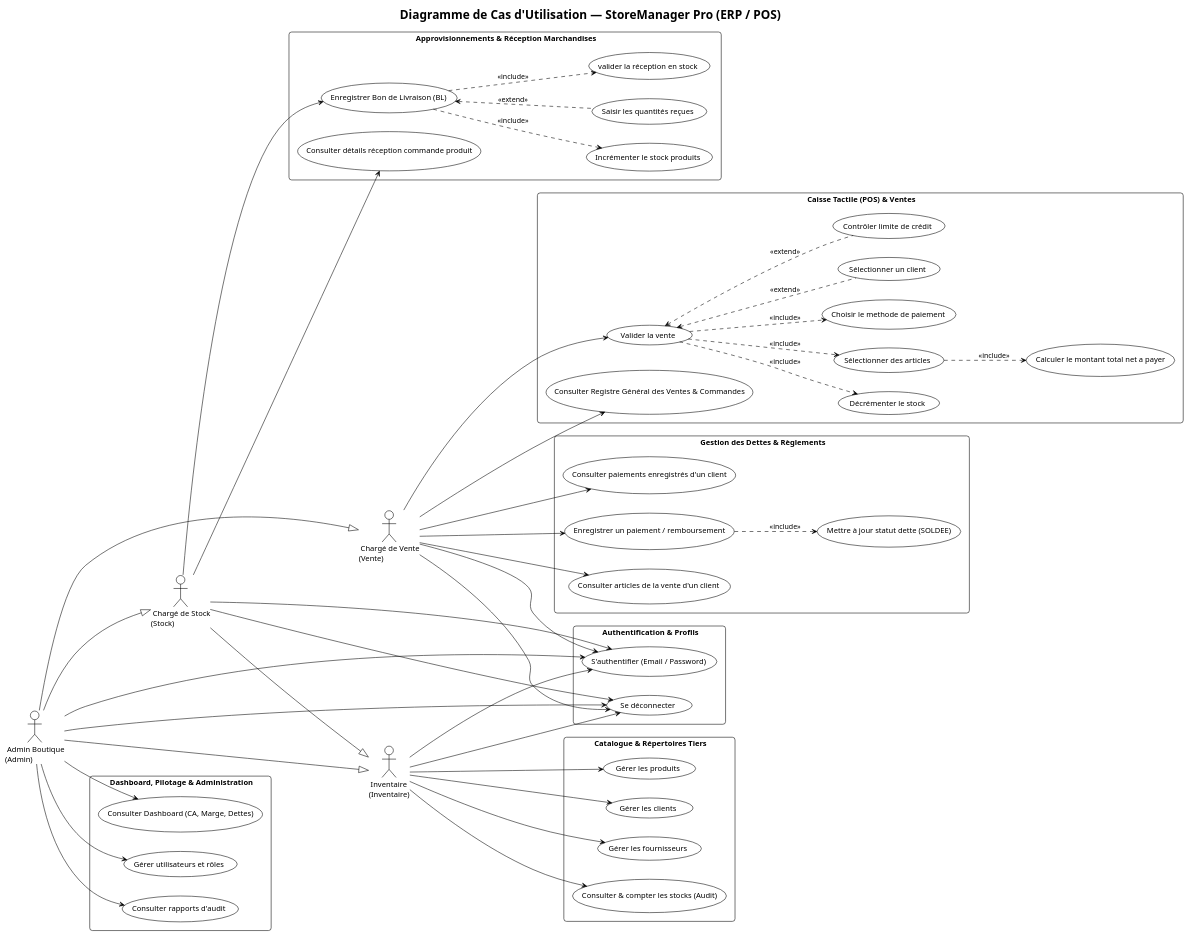
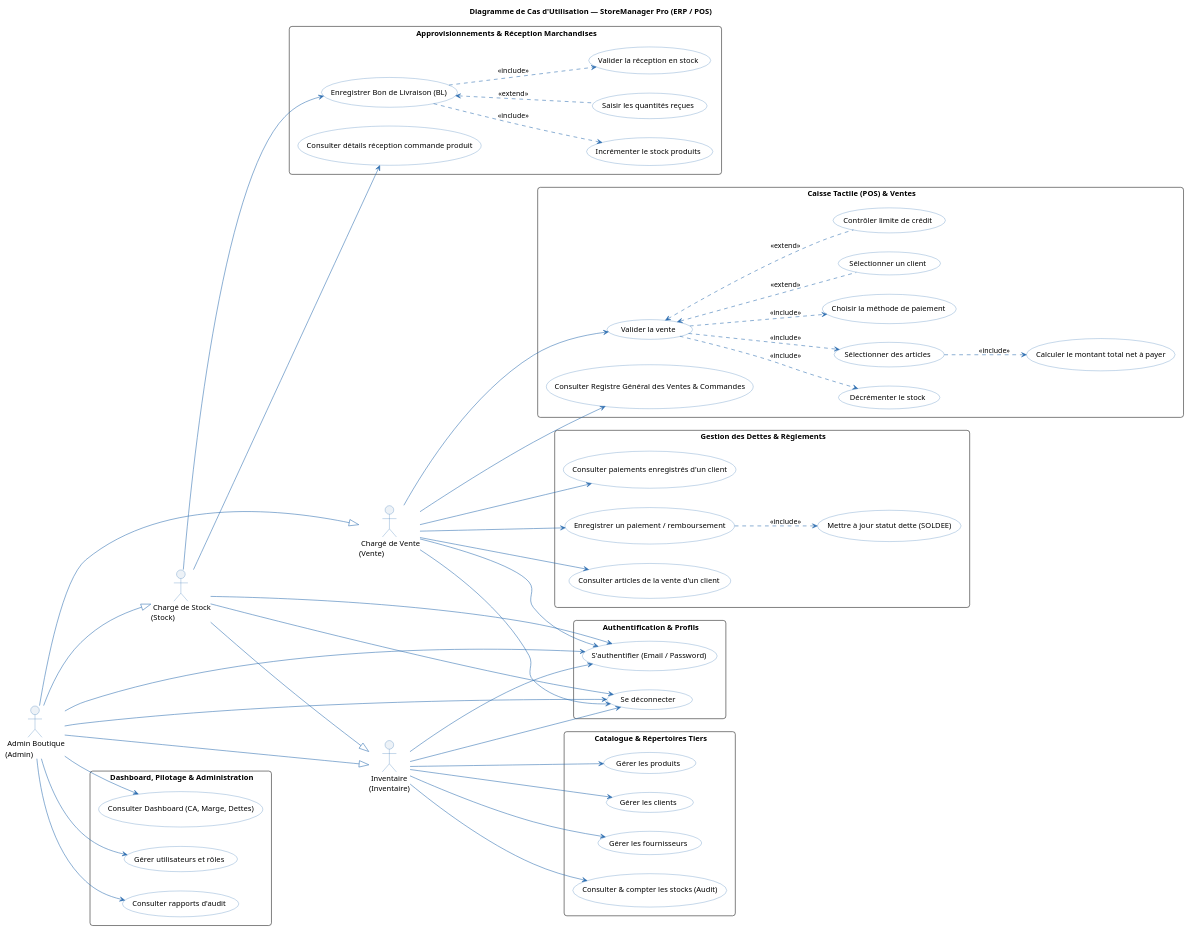
One commit to yussuf9900/Store-Manager-Pro-POO changed the diagram in docs/use_cases.puml. Above: the diagram before and after it, drawn with PlantUML. The commit also changed 8 other files, not shown here.

```diff
--- a/docs/use_cases.puml
+++ b/docs/use_cases.puml
@@ -1,132 +1,117 @@
 @startuml
-!theme plain
 skinparam roundcorner 10
 skinparam defaultFontName Arial
 skinparam packageStyle rectangle
 skinparam shadowing false
 
+skinparam actor {
+    BackgroundColor #EDF2F7
+    BorderColor #2B6CB0
+}
+
+skinparam usecase {
+    BackgroundColor #FFFFFF
+    BorderColor #2B6CB0
+    ArrowColor #2B6CB0
+}
 
 title **Diagramme de Cas d'Utilisation — StoreManager Pro (ERP / POS)**
 
 left to right direction
 
-' ==========================================
-' ACTEURS
-' ==========================================
 actor " Admin Boutique\n(Admin)" as Admin
 actor " Chargé de Vente\n(Vente)" as Vente
 actor " Chargé de Stock\n(Stock)" as Stock
 actor " Inventaire\n(Inventaire)" as Inventaire
 
-' Hiérarchie d'acteurs (L'admin hérite des rôles)
 Admin --|> Vente
 Admin --|> Stock
 Admin --|> Inventaire
 Stock --|> Inventaire
-
-' ==========================================
-' PACKAGES & CAS D'UTILISATION
-' ==========================================
 
 package " Authentification & Profils" {
     usecase "S'authentifier (Email / Password)" as UC_Login
     usecase "Se déconnecter" as UC_Logout
 }
 
 package " Caisse Tactile (POS) & Ventes" {
     usecase "Consulter Registre Général des Ventes & Commandes" as UC_SearchProd
-    usecase "Choisir le methode de paiement" as UC_Cart
-    usecase "Calculer le montant total net a payer" as UC_Montant
+    usecase "Choisir la méthode de paiement" as UC_Cart
+    usecase "Calculer le montant total net à payer" as UC_Montant
     usecase "Sélectionner un client" as UC_SelectClient
     usecase "Valider la vente" as UC_ValiderVente
     usecase "Contrôler limite de crédit" as UC_CheckCredit
     usecase "Décrémenter le stock" as UC_DecStock
     usecase "Sélectionner des articles" as UC_PrintTicket
 }
 
 package " Gestion des Dettes & Règlements" {
     usecase "Consulter paiements enregistrés d'un client" as UC_ViewDebts
     usecase "Enregistrer un paiement / remboursement" as UC_PayDebt
     usecase "Mettre à jour statut dette (SOLDEE)" as UC_UpdateDebtStatus
     usecase "Consulter articles de la vente d'un client " as UC_ClientDebtHistory
 }
 
 package " Approvisionnements & Réception Marchandises" {
     usecase "Consulter détails réception commande produit" as UC_StockAlerts
     usecase "Enregistrer Bon de Livraison (BL)" as UC_CreateBL
     usecase "Incrémenter le stock produits" as UC_IncStock
-    usecase "Saisir les quantités reçues" as UC_QteReçue
-    usecase "valider la réception en stock" as UC_SelectSupplier
+    usecase "Saisir les quantités reçues" as UC_QteRecue
+    usecase "Valider la réception en stock" as UC_SelectSupplier
 }
 
 package " Catalogue & Répertoires Tiers" {
     usecase "Gérer les produits" as UC_ManageProd
     usecase "Gérer les clients" as UC_ManageClients
     usecase "Gérer les fournisseurs" as UC_ManageSuppliers
     usecase "Consulter & compter les stocks (Audit)" as UC_AuditStock
 }
 
 package " Dashboard, Pilotage & Administration" {
     usecase "Consulter Dashboard (CA, Marge, Dettes)" as UC_Dashboard
     usecase "Gérer utilisateurs et rôles" as UC_ManageUsers
     usecase "Consulter rapports d'audit" as UC_Reports
 }
 
-' ==========================================
-' ASSOCIATIONS ACTEURS -> USE CASES
-' ==========================================
-
-' Authentification
 Admin --> UC_Login
 Admin --> UC_Logout
 Vente --> UC_Login
 Vente --> UC_Logout
 Stock --> UC_Login
 Stock --> UC_Logout
 Inventaire --> UC_Login
 Inventaire --> UC_Logout
 
-' Vente POS
 Vente --> UC_SearchProd
 Vente --> UC_ValiderVente
 
-
-' Dettes
 Vente --> UC_ViewDebts
 Vente --> UC_PayDebt
 Vente --> UC_ClientDebtHistory
 
-' Stock & Approvisionnement
 Stock --> UC_StockAlerts
 Stock --> UC_CreateBL
 
-
-
-' Inventaire
 Inventaire --> UC_AuditStock
 Inventaire --> UC_ManageProd
 Inventaire --> UC_ManageClients
 Inventaire --> UC_ManageSuppliers
 
-' Admin Exclusifs
 Admin --> UC_Dashboard
 Admin --> UC_ManageUsers
 Admin --> UC_Reports
 
-' ==========================================
-' RELATIONS D'INCLUSION & D'EXTENSION
-' ==========================================
 UC_PrintTicket ..> UC_Montant : <<include>>
 UC_ValiderVente ..> UC_DecStock : <<include>>
 UC_ValiderVente ..> UC_PrintTicket : <<include>>
 UC_ValiderVente ..> UC_Cart : <<include>>
 UC_ValiderVente <.. UC_CheckCredit : <<extend>>
 UC_ValiderVente <.. UC_SelectClient : <<extend>>
 
 UC_PayDebt ..> UC_UpdateDebtStatus : <<include>>
 
 UC_CreateBL ..> UC_IncStock : <<include>>
 UC_CreateBL ..> UC_SelectSupplier : <<include>>
-UC_CreateBL <.. UC_QteReçue : <<extend>>
+UC_CreateBL <.. UC_QteRecue : <<extend>>
 
 @enduml
```
